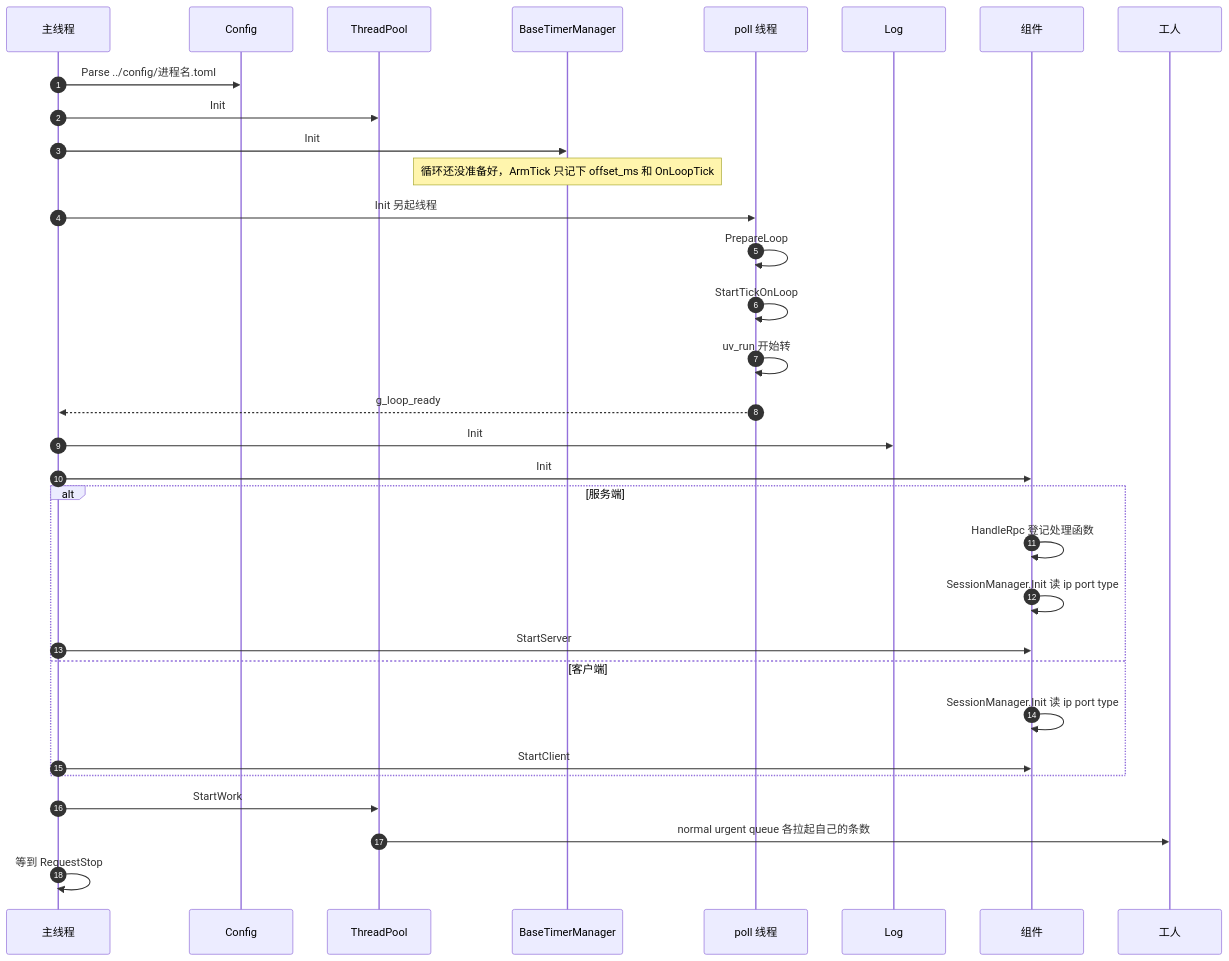
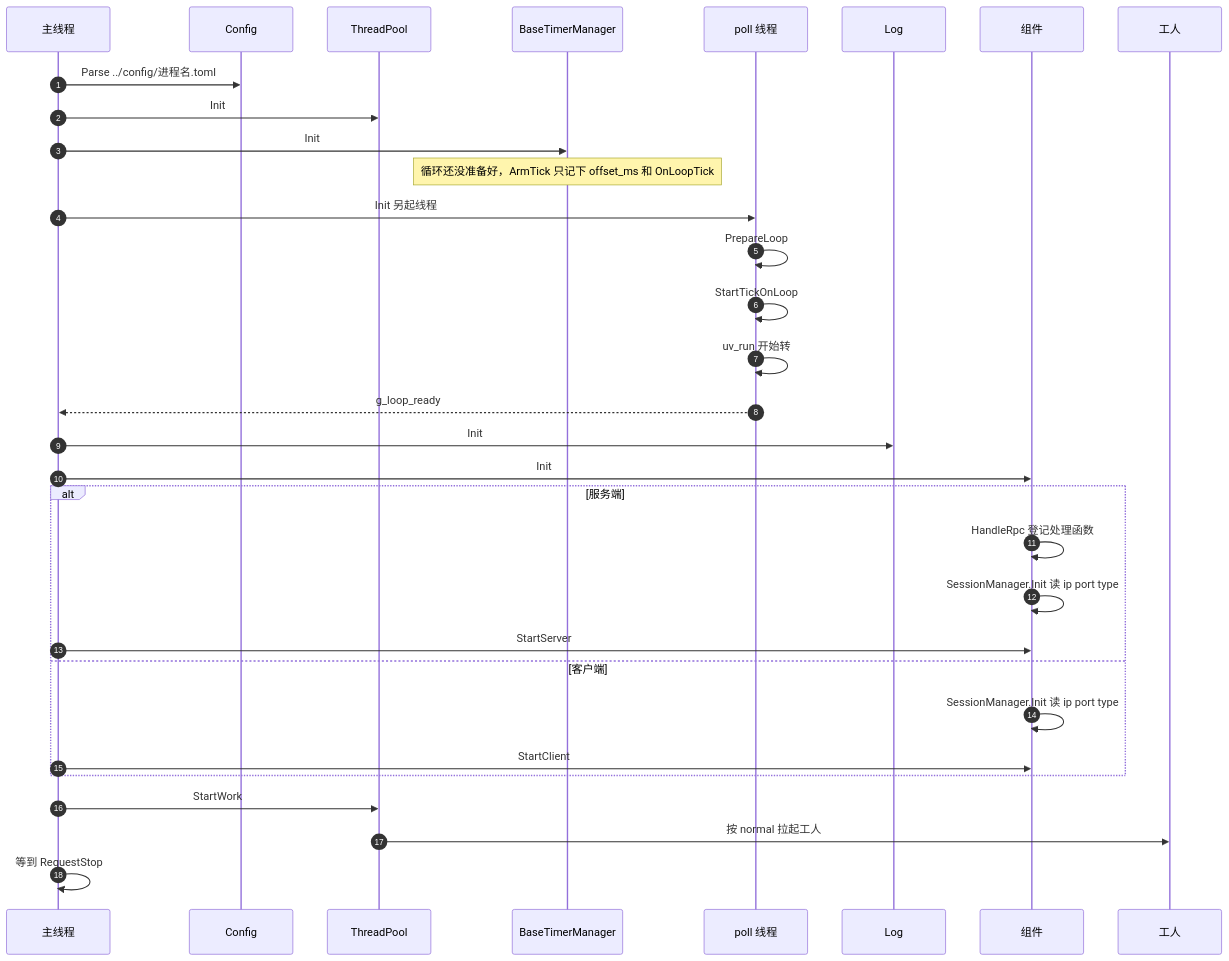
One commit to orikiaru/openidea changed the diagram in docs/sequence-diagram/multi-thread/startup.md. Above: the diagram before and after it, drawn with Mermaid. The commit also changed other lines of this file and 23 other files, not shown here.

````diff
--- a/docs/sequence-diagram/multi-thread/startup.md
+++ b/docs/sequence-diagram/multi-thread/startup.md
@@ -7,35 +7,35 @@
 ```mermaid
 sequenceDiagram
     autonumber
     participant Main as 主线程
     participant Cfg as Config
     participant Pool as ThreadPool
     participant Timer as BaseTimerManager
     participant Poll as poll 线程
     participant Log as Log
     participant App as 组件
     participant Worker as 工人
 
     Main->>Cfg: Parse ../config/进程名.toml
     Main->>Pool: Init
     Main->>Timer: Init
     Note over Timer: 循环还没准备好，ArmTick 只记下 offset_ms 和 OnLoopTick
     Main->>Poll: Init 另起线程
     Poll->>Poll: PrepareLoop
     Poll->>Poll: StartTickOnLoop
     Poll->>Poll: uv_run 开始转
     Poll-->>Main: g_loop_ready
     Main->>Log: Init
     Main->>App: Init
     alt 服务端
         App->>App: HandleRpc 登记处理函数
         App->>App: SessionManager.Init 读 ip port type
         Main->>App: StartServer
     else 客户端
         App->>App: SessionManager.Init 读 ip port type
         Main->>App: StartClient
     end
     Main->>Pool: StartWork
-    Pool->>Worker: normal urgent queue 各拉起自己的条数
+    Pool->>Worker: 按 normal 拉起工人
     Main->>Main: 等到 RequestStop
 ```
````
